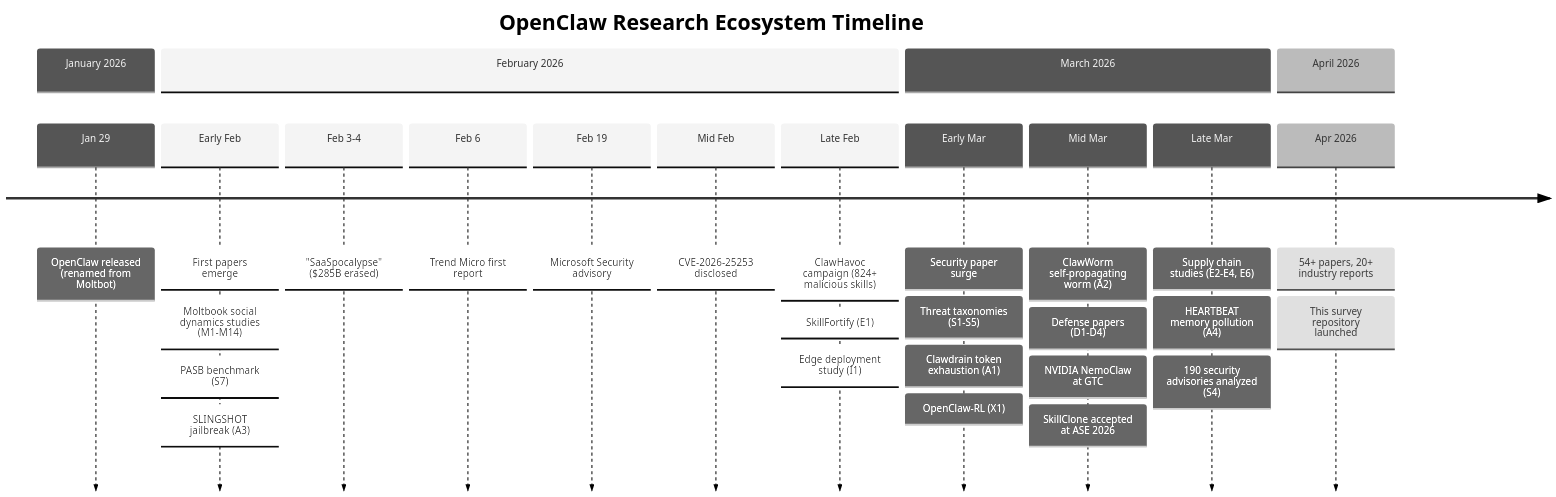
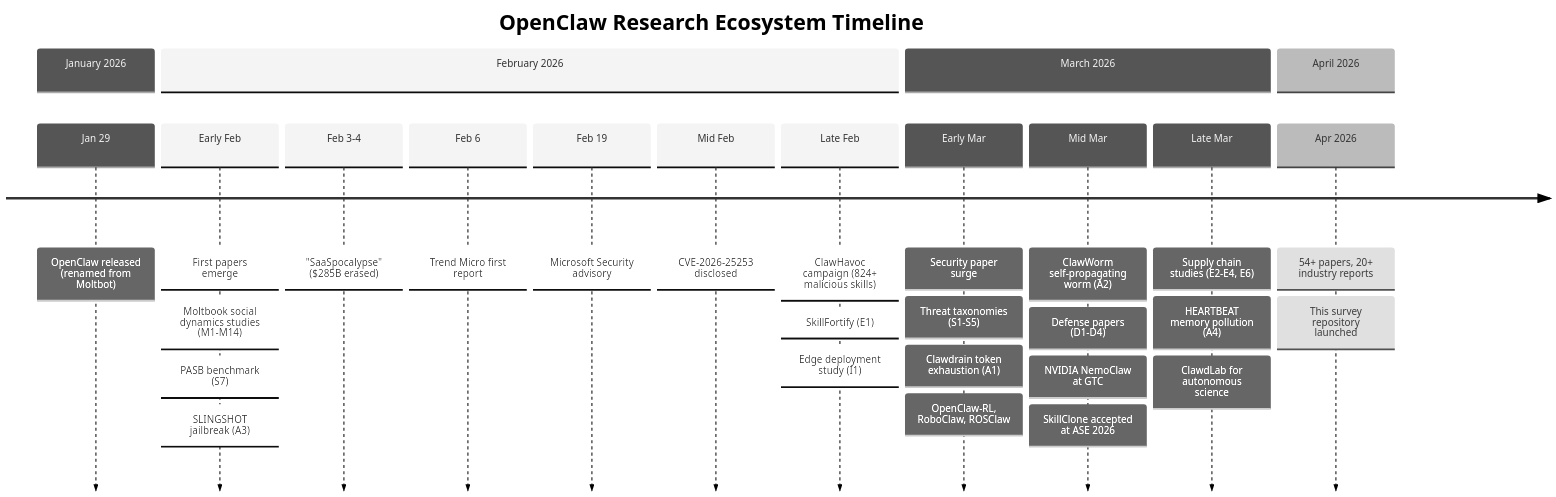
One commit to REAL-Lab-NU/Awesome-OpenClaw-Papers changed the diagram in README.md. Above: the diagram before and after it, drawn with Mermaid (neutral theme). The commit also changed other lines of this file, not shown here.

Commit message:
Move ClawdLab from L1 to L5, update stats and timeline

````diff
--- a/README.md
+++ b/README.md
@@ -39,33 +39,33 @@
 ```mermaid
 timeline
     title OpenClaw Research Ecosystem Timeline
     section January 2026
         Jan 29 : OpenClaw released (renamed from Moltbot)
     section February 2026
         Early Feb : First papers emerge
                   : Moltbook social dynamics studies (M1-M14)
                   : PASB benchmark (S7)
                   : SLINGSHOT jailbreak (A3)
         Feb 3-4   : "SaaSpocalypse" ($285B erased)
         Feb 6     : Trend Micro first report
         Feb 19    : Microsoft Security advisory
         Mid Feb   : CVE-2026-25253 disclosed
         Late Feb  : ClawHavoc campaign (824+ malicious skills)
                   : SkillFortify (E1)
                   : Edge deployment study (I1)
     section March 2026
         Early Mar : Security paper surge
                   : Threat taxonomies (S1-S5)
                   : Clawdrain token exhaustion (A1)
-                  : OpenClaw-RL (X1)
+                  : OpenClaw-RL, RoboClaw, ROSClaw
         Mid Mar   : ClawWorm self-propagating worm (A2)
                   : Defense papers (D1-D4)
                   : NVIDIA NemoClaw at GTC
                   : SkillClone accepted at ASE 2026
         Late Mar  : Supply chain studies (E2-E4, E6)
                   : HEARTBEAT memory pollution (A4)
-                  : 190 security advisories analyzed (S4)
+                  : ClawdLab for autonomous science
     section April 2026
         Apr 2026  : 54+ papers, 20+ industry reports
                   : This survey repository launched
 ```
````
